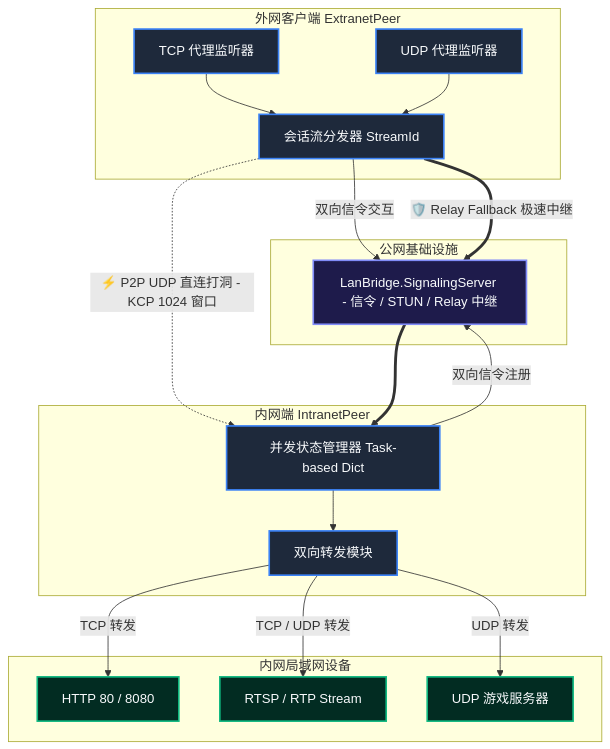
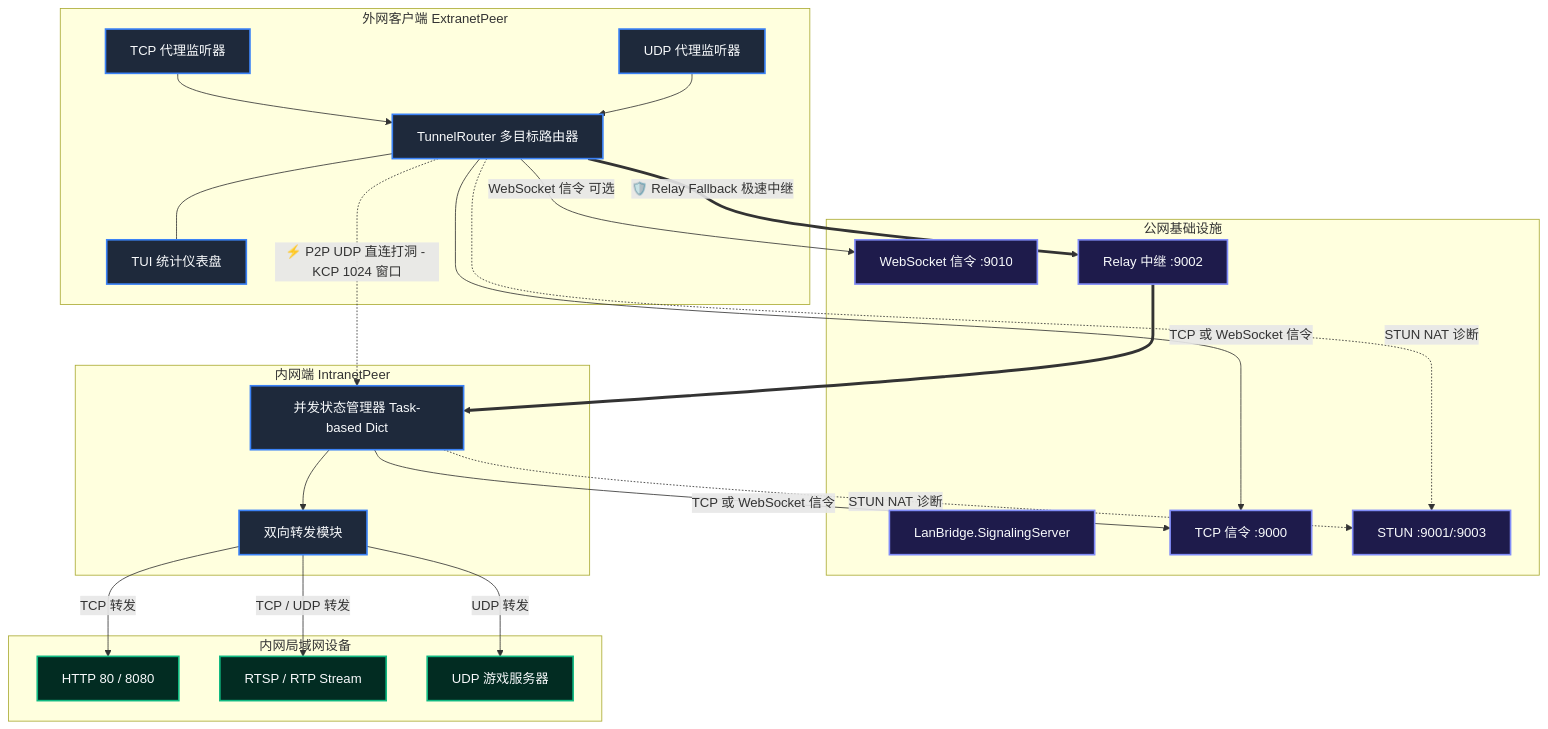
One commit to wobushiafa/LanBridge changed the diagram in README.md. Above: the diagram before and after it, drawn with Mermaid. The commit also changed other lines of this file and 3 other files, not shown here.

First line of the commit message:
docs: update README with WebSocket signaling, TUI dashboard, multi-tunnel, rate limiting/QoS features

````diff
--- a/README.md
+++ b/README.md
@@ -40,47 +45,60 @@
 ```mermaid
 flowchart TB
     subgraph Extranet ["外网客户端 ExtranetPeer"]
         LocalTCP["TCP 代理监听器"]
         LocalUDP["UDP 代理监听器"]
-        ExtSession["会话流分发器 StreamId"]
+        ExtSession["TunnelRouter 多目标路由器"]
+        TUI["TUI 统计仪表盘"]
     end
 
     subgraph Internet ["公网基础设施"]
-        Server["LanBridge.SignalingServer - 信令 / STUN / Relay 中继"]
+        Server["LanBridge.SignalingServer"]
+        TCP["TCP 信令 :9000"]
+        WS["WebSocket 信令 :9010"]
+        STUN["STUN :9001/:9003"]
+        Relay["Relay 中继 :9002"]
     end
 
     subgraph Intranet ["内网端 IntranetPeer"]
         IntSession["并发状态管理器 Task-based Dict"]
         TargetRouter["双向转发模块"]
     end
 
     subgraph LAN ["内网局域网设备"]
         HTTP["HTTP 80 / 8080"]
         RTSP["RTSP / RTP Stream"]
         Game["UDP 游戏服务器"]
     end
 
     %% 信令连接
     LocalTCP --> ExtSession
     LocalUDP --> ExtSession
-    ExtSession -->|双向信令交互| Server
-    IntSession -->|双向信令注册| Server
+    ExtSession -->|TCP 或 WebSocket 信令| TCP
+    ExtSession -->|WebSocket 信令 可选| WS
+    IntSession -->|TCP 或 WebSocket 信令| TCP
+
+    %% STUN / Relay
+    ExtSession -.->|STUN NAT 诊断| STUN
+    IntSession -.->|STUN NAT 诊断| STUN
 
     %% 穿透与回退链路
     ExtSession -.->|⚡ P2P UDP 直连打洞 - KCP 1024 窗口| IntSession
-    ExtSession ==>|🛡️ Relay Fallback 极速中继| Server
-    Server ==> IntSession
+    ExtSession ==>|🛡️ Relay Fallback 极速中继| Relay
+    Relay ==> IntSession
 
     %% 局域网分发
     IntSession --> TargetRouter
     TargetRouter -->|TCP 转发| HTTP
     TargetRouter -->|TCP / UDP 转发| RTSP
     TargetRouter -->|UDP 转发| Game
 
+    %% TUI
+    ExtSession --- TUI
+
     classDef peer fill:#1e293b,stroke:#3b82f6,stroke-width:2px,color:#f8fafc;
     classDef server fill:#1e1b4b,stroke:#818cf8,stroke-width:2px,color:#f8fafc;
     classDef lan fill:#022c22,stroke:#10b981,stroke-width:2px,color:#f8fafc;
-    class LocalTCP,LocalUDP,ExtSession,IntSession,TargetRouter peer;
-    class Server server;
+    class LocalTCP,LocalUDP,ExtSession,TUI,IntSession,TargetRouter peer;
+    class Server,TCP,WS,STUN,Relay server;
     class HTTP,RTSP,Game lan;
 ```
````
